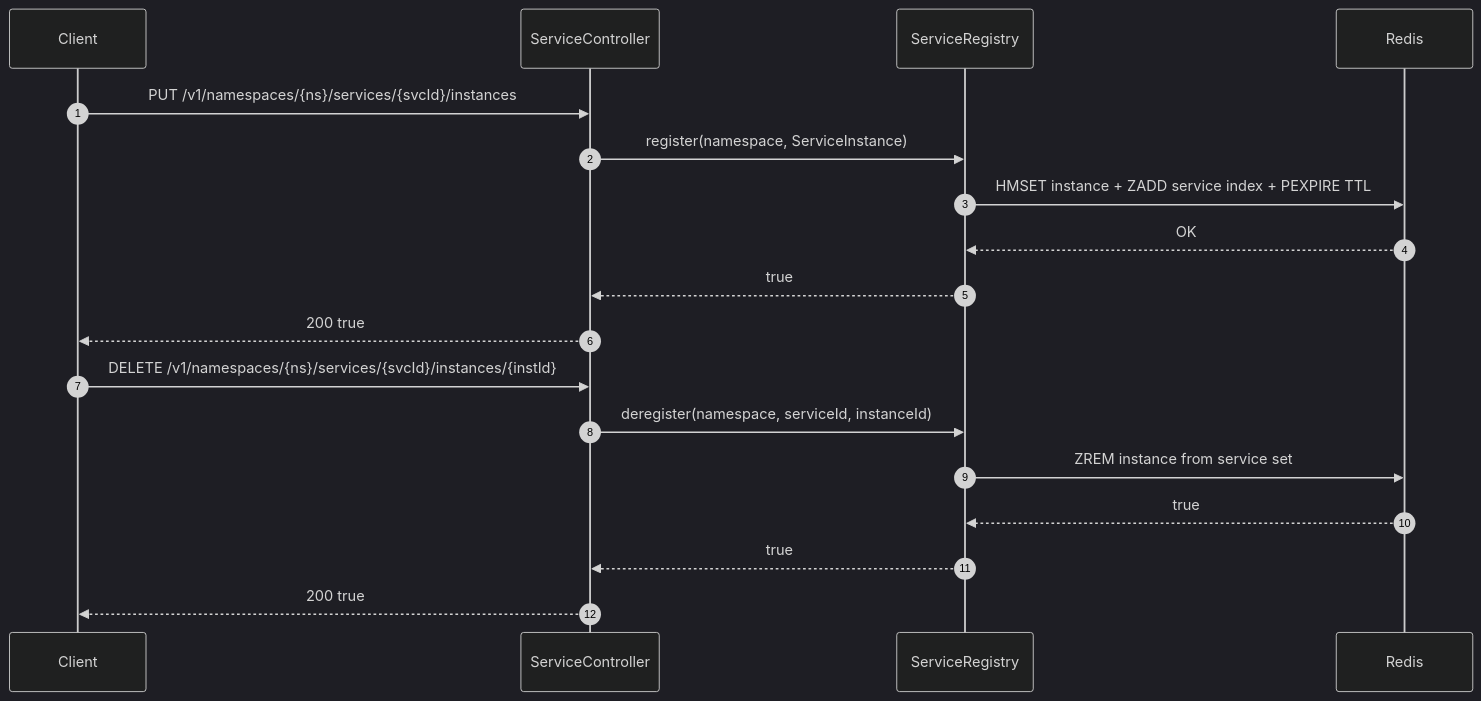
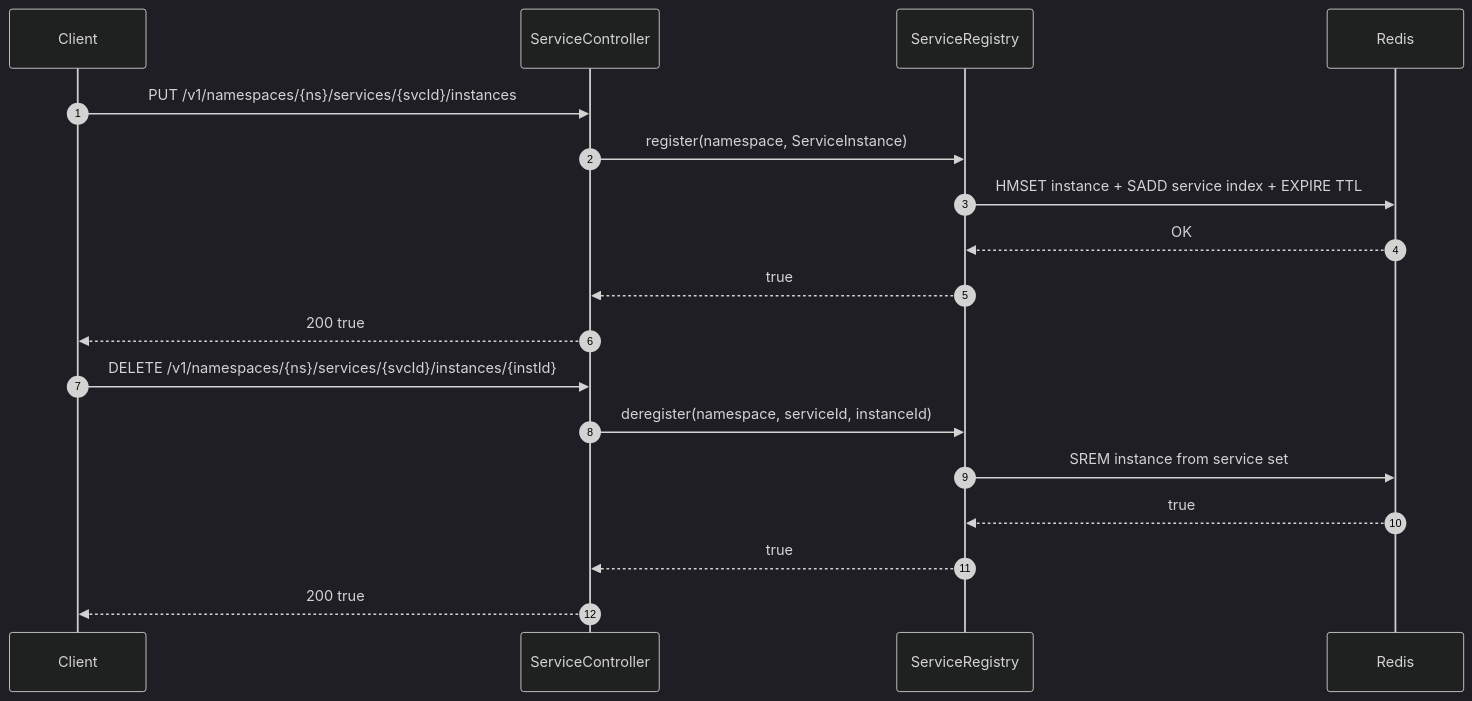
The second of 3 diagrams in wiki/guide/rest-api.md (Ahoo-Wang/CoSky), drawn with Mermaid (dark theme) before and after one commit. The commit also changed 31 other files, not shown here.

````diff
--- a/wiki/guide/rest-api.md
+++ b/wiki/guide/rest-api.md
@@ -155,22 +155,22 @@
 ```mermaid
 sequenceDiagram
     autonumber
     participant Client
     participant ServiceController
     participant ServiceRegistry
     participant Redis
 
     Client->>ServiceController: PUT /v1/namespaces/{ns}/services/{svcId}/instances
     ServiceController->>ServiceRegistry: register(namespace, ServiceInstance)
-    ServiceRegistry->>Redis: HMSET instance + ZADD service index + PEXPIRE TTL
+    ServiceRegistry->>Redis: HMSET instance + SADD service index + EXPIRE TTL
     Redis-->>ServiceRegistry: OK
     ServiceRegistry-->>ServiceController: true
     ServiceController-->>Client: 200 true
 
     Client->>ServiceController: DELETE /v1/namespaces/{ns}/services/{svcId}/instances/{instId}
     ServiceController->>ServiceRegistry: deregister(namespace, serviceId, instanceId)
-    ServiceRegistry->>Redis: ZREM instance from service set
+    ServiceRegistry->>Redis: SREM instance from service set
     Redis-->>ServiceRegistry: true
     ServiceRegistry-->>ServiceController: true
     ServiceController-->>Client: 200 true
 ```
````
